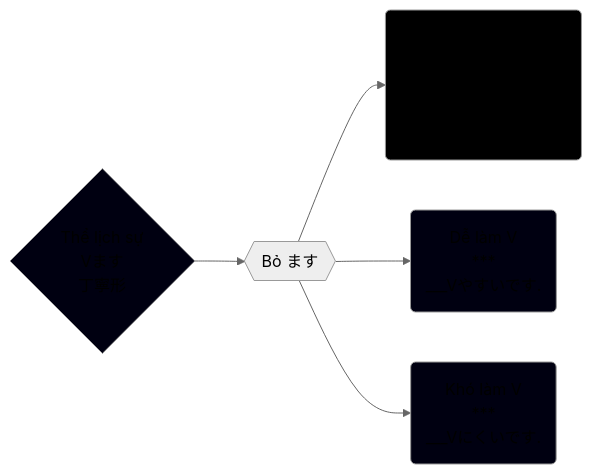
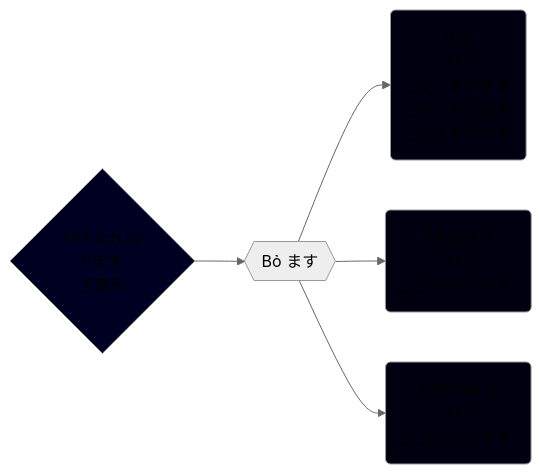
One commit to tea1504/learn changed the diagram in The/丁寧形.md. Above: the diagram before and after it, drawn with Mermaid (neutral theme). The commit also changed 10 other files, not shown here.

````diff
--- a/The/丁寧形.md
+++ b/The/丁寧形.md
@@ -2,14 +2,14 @@
 ```mermaid
 graph LR;
     V{Thể lịch sự\nVます\n丁寧形}
 
     V-->boMasu{{Bỏ ます}}
-    boMasu-->qua(Quá\n***\n__V bỏ ます　すぎます\n__Aい bỏ い　すぎます\n__Aな 　　 　すぎます)
+    boMasu-->qua(Quá\n***\n__V　すぎます\n__A　すぎます\n__Aなすぎます)
     boMasu-->deLamV(Dễ làm V\n***\n___Vやすいです.)
     boMasu-->khoLamV(Khó làm V\n***\n___Vにくいです.)
 
-    style V fill:#001
-    style qua fill:#000
+    style V fill:#002
+    style qua fill:#001
     style deLamV fill:#001
     style khoLamV fill:#001
 ```
````
